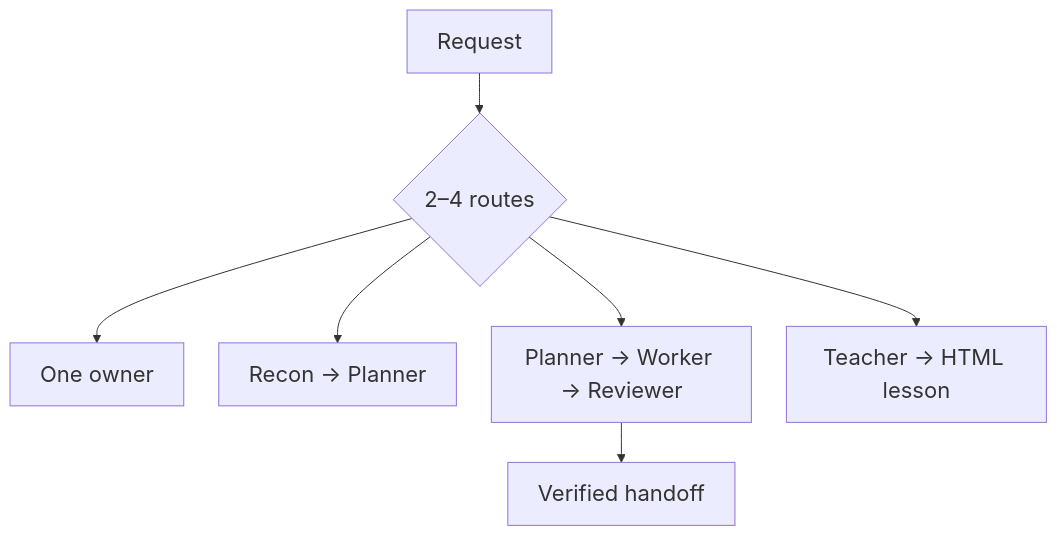
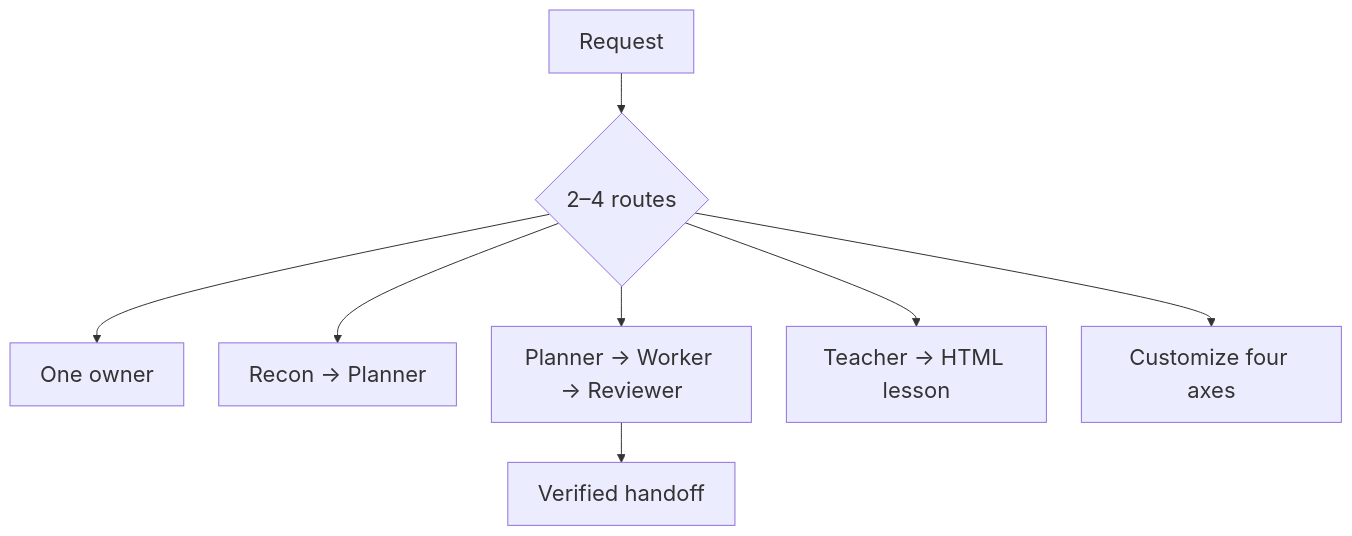
Before and after one commit to trykA123/skillify: the first of 2 diagrams in agents/README.md, drawn with Mermaid. The commit also changed other lines of this file and 31 other files, not shown here.

````diff
--- a/agents/README.md
+++ b/agents/README.md
@@ -16,10 +16,11 @@
 ```mermaid
 %%{init: {"themeVariables": {"fontSize": "22px"}, "flowchart": {"nodeSpacing": 35, "rankSpacing": 40}}}%%
 flowchart TB
     Request --> Choices{2–4 routes}
     Choices --> Solo[One owner]
     Choices --> Recon[Recon → Planner]
     Choices --> Full[Planner → Worker → Reviewer]
     Choices --> Teach[Teacher → HTML lesson]
+    Choices --> Custom[Customize four axes]
     Full --> Proof[Verified handoff]
 ```
````
